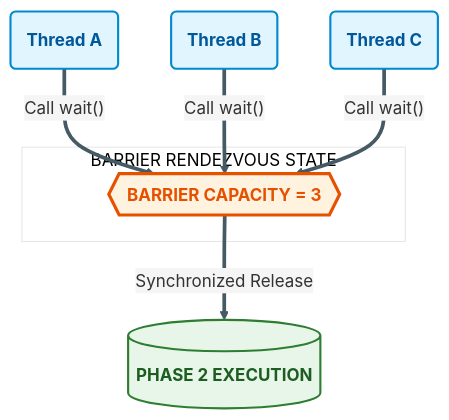
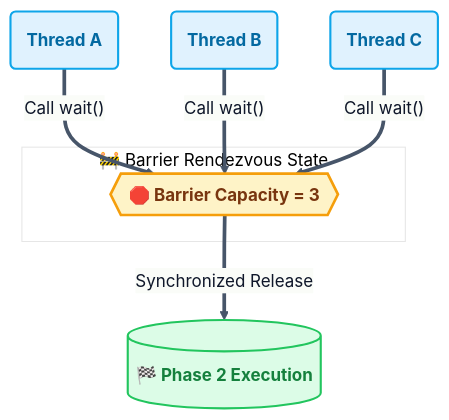
The eighth of 9 diagrams in SyedMuhammadHuzaifaAshrafi-(23FA-035-SE)/Chapter02/README.md (RameenAnwar/PDC-SP26-SE), drawn with Mermaid before and after one commit. The commit also changed other lines of this file and 5 other files, not shown here.

````diff
--- a/SyedMuhammadHuzaifaAshrafi-(23FA-035-SE)/Chapter02/README.md
+++ b/SyedMuhammadHuzaifaAshrafi-(23FA-035-SE)/Chapter02/README.md
@@ -877,22 +294,22 @@
 ```mermaid
-%%{init: {'theme': 'base', 'themeVariables': { 'lineColor': '#455A64', 'primaryColor': '#F5F5F5' }}}%%
+%%{init: {'theme': 'base', 'themeVariables': { 'lineColor': '#475569', 'primaryColor': '#f8fafc', 'primaryTextColor': '#0f172a', 'primaryBorderColor': '#cbd5e1' }}}%%
 flowchart TD
-    %% Pro Max Barrier Rendezvous Visual
-    classDef bar fill:#FFF3E0,stroke:#E65100,stroke-width:3px,color:#E65100,font-weight:bold
-    classDef thr fill:#E1F5FE,stroke:#0288D1,stroke-width:2px,color:#01579B,font-weight:bold
-    classDef pass fill:#E8F5E9,stroke:#2E7D32,stroke-width:2px,color:#1B5E20,font-weight:bold
+    %% Premium Barrier Rendezvous Visual
+    classDef bar fill:#fef3c7,stroke:#f59e0b,stroke-width:2.5px,color:#78350f,font-weight:bold
+    classDef thr fill:#e0f2fe,stroke:#0ea5e9,stroke-width:2px,color:#0369a1,font-weight:bold
+    classDef pass fill:#dcfce7,stroke:#22c55e,stroke-width:2px,color:#15803d,font-weight:bold
 
-    subgraph RACE_TRACK [BARRIER RENDEZVOUS STATE]
-        B{{BARRIER CAPACITY = 3}}
+    subgraph RACE_TRACK ["🚧 Barrier Rendezvous State"]
+        B{{"🛑 Barrier Capacity = 3"}}
     end
 
-    T1(Thread A) == "Call wait()" ==> B
-    T2(Thread B) == "Call wait()" ==> B
-    T3(Thread C) == "Call wait()" ==> B
+    T1("Thread A") == "Call wait()" ==> B
+    T2("Thread B") == "Call wait()" ==> B
+    T3("Thread C") == "Call wait()" ==> B
 
-    B == "Synchronized Release" ==> Phase2[(PHASE 2 EXECUTION)]
+    B == "Synchronized Release" ==> Phase2[("🏁 Phase 2 Execution")]
 
     class B bar
     class T1,T2,T3 thr
     class Phase2 pass
 ```
````
